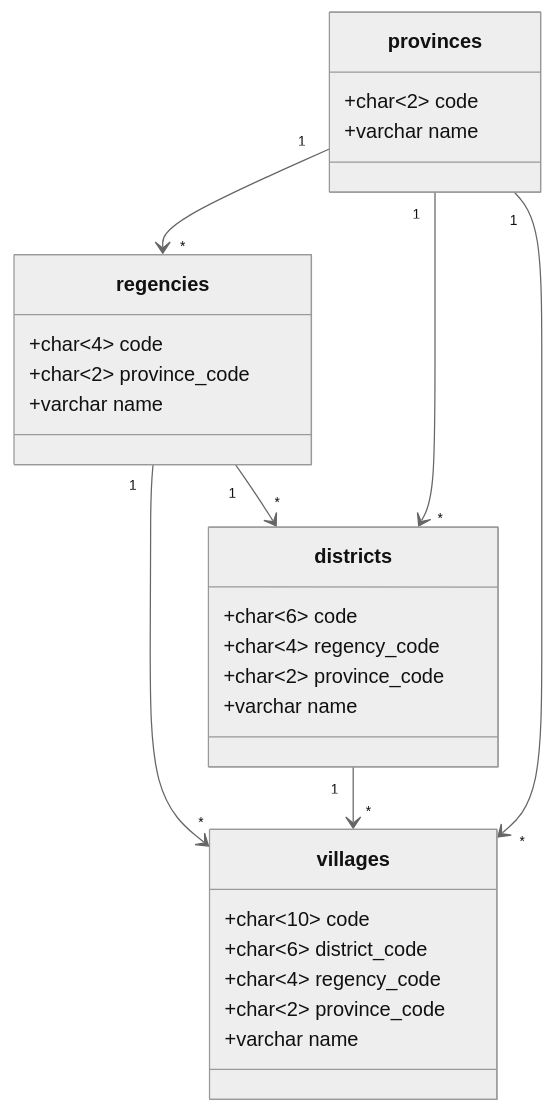
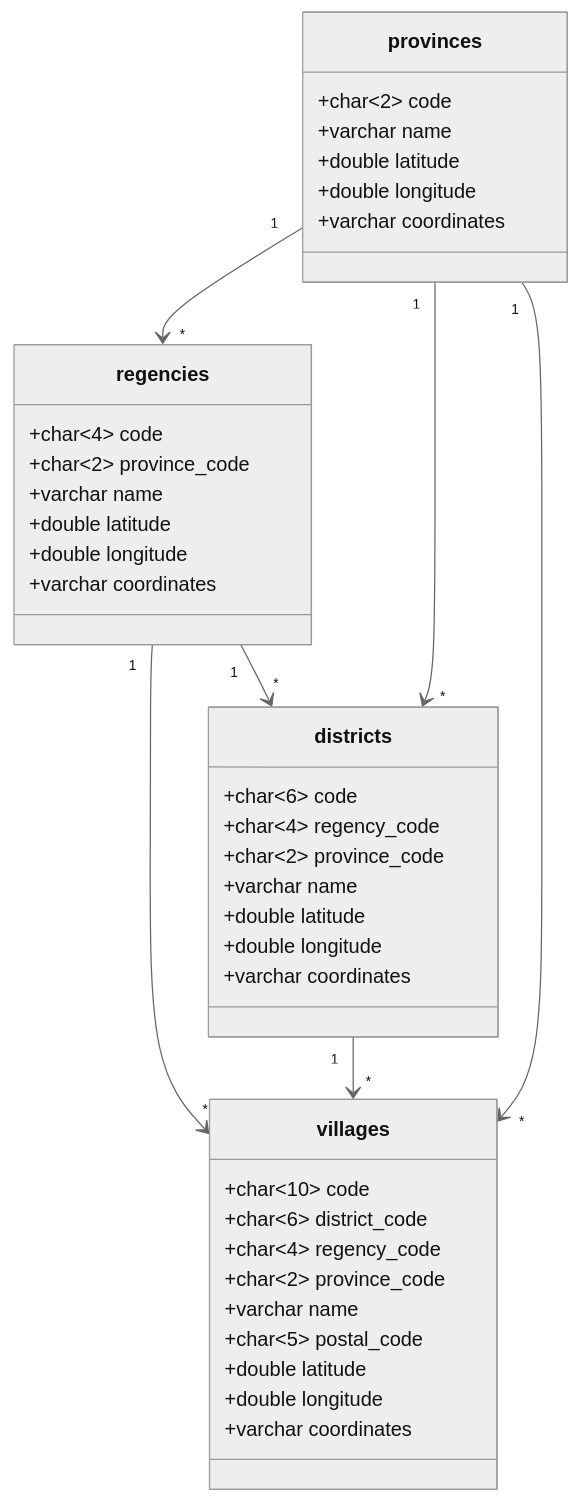
Before and after one commit to creasico/laravel-nusa: the diagram in database/README.md, drawn with Mermaid (neutral theme). The commit also changed other lines of this file, not shown here.

Commit message:
chore(docs): update database documentation

````diff
--- a/database/README.md
+++ b/database/README.md
@@ -3,31 +3,44 @@
 ```mermaid
 classDiagram
     provinces "1" --> "*" regencies
     provinces "1" --> "*" districts
     provinces "1" --> "*" villages
     regencies "1" --> "*" villages
     regencies "1" --> "*" districts
     districts "1" --> "*" villages
     class provinces {
         +char~2~ code
         +varchar name
+        +double latitude
+        +double longitude
+        +varchar coordinates
     }
     class regencies {
         +char~4~ code
         +char~2~ province_code
         +varchar name
+        +double latitude
+        +double longitude
+        +varchar coordinates
     }
     class districts {
         +char~6~ code
         +char~4~ regency_code
         +char~2~ province_code
         +varchar name
+        +double latitude
+        +double longitude
+        +varchar coordinates
     }
     class villages {
         +char~10~ code
         +char~6~ district_code
         +char~4~ regency_code
         +char~2~ province_code
         +varchar name
+        +char~5~ postal_code
+        +double latitude
+        +double longitude
+        +varchar coordinates
     }
 ```
````
